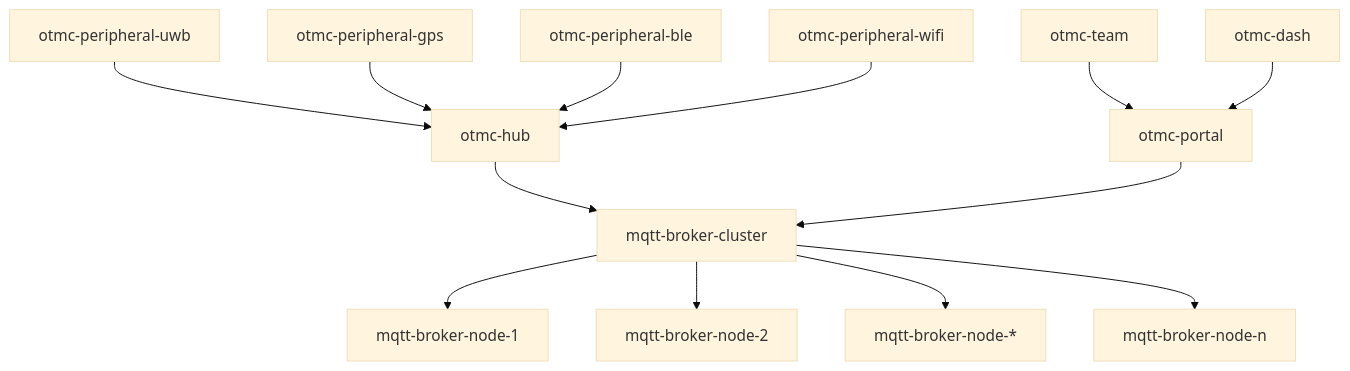
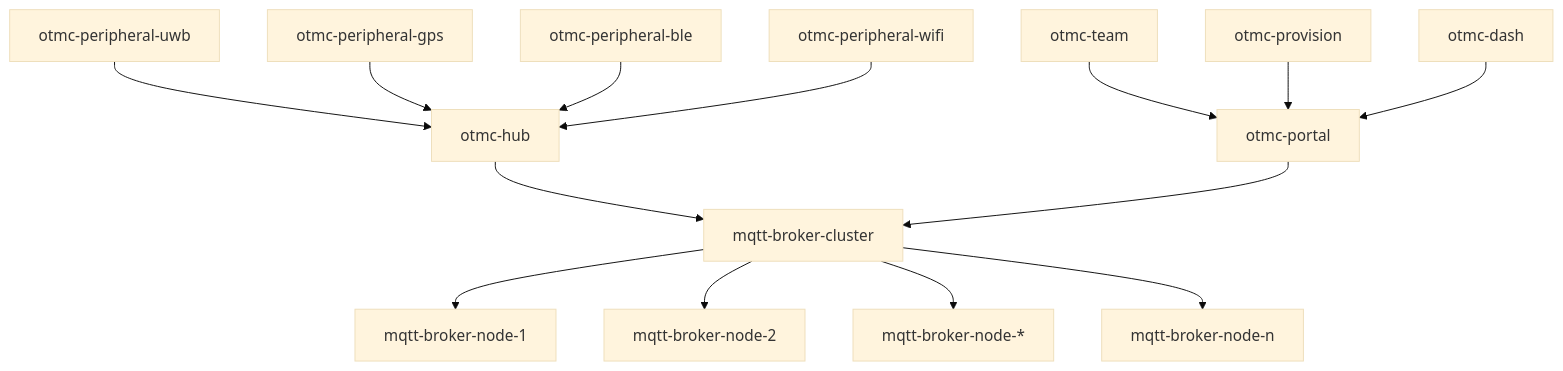
The diagram in README.md (WatorVapor/otmc), drawn with Mermaid (base theme) before and after one commit.

````diff
--- a/README.md
+++ b/README.md
@@ -5,19 +5,20 @@
 ```mermaid
 graph TD;
     otmc-peripheral-uwb --> otmc-hub;
     otmc-peripheral-gps --> otmc-hub;
     otmc-peripheral-ble --> otmc-hub;
     otmc-peripheral-wifi --> otmc-hub;
     
     otmc-hub --> mqtt-broker-cluster;
     otmc-portal --> mqtt-broker-cluster;
     
     otmc-team --> otmc-portal;
+    otmc-provision --> otmc-portal;
     otmc-dash --> otmc-portal;
 
     mqtt-broker-cluster --> mqtt-broker-node-1;
     mqtt-broker-cluster --> mqtt-broker-node-2;
     mqtt-broker-cluster --> mqtt-broker-node-*;
     mqtt-broker-cluster --> mqtt-broker-node-n;
 
 ```
````
